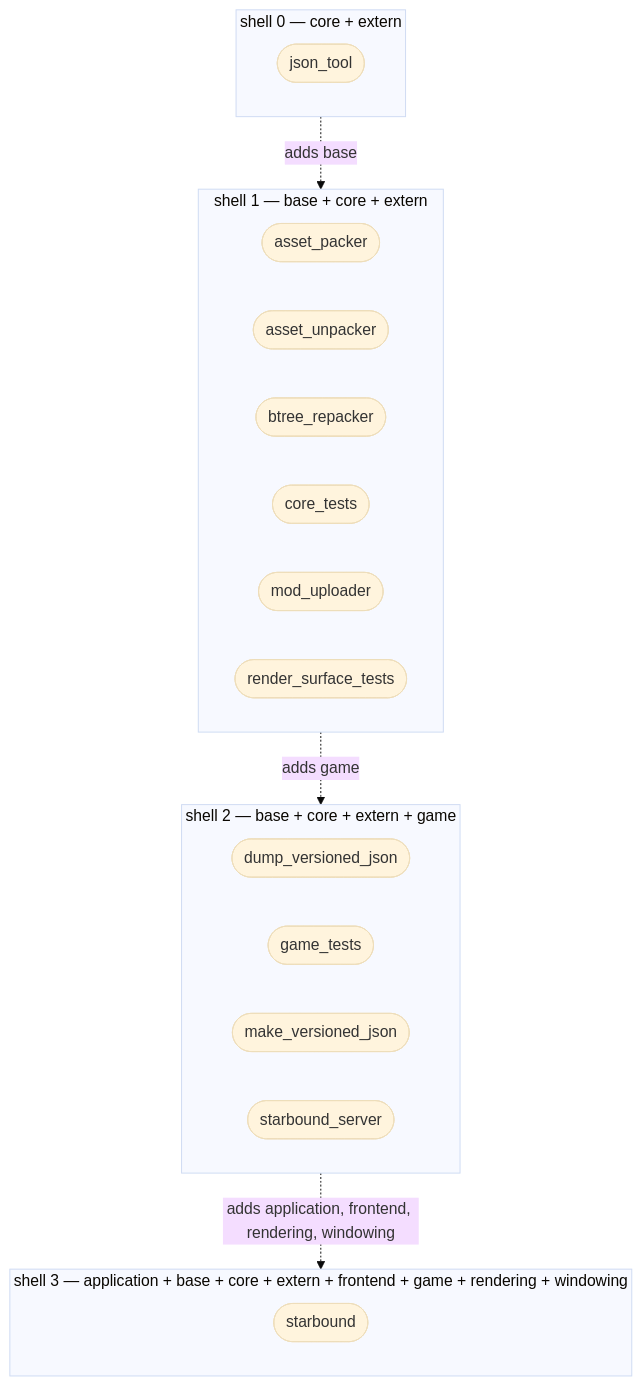
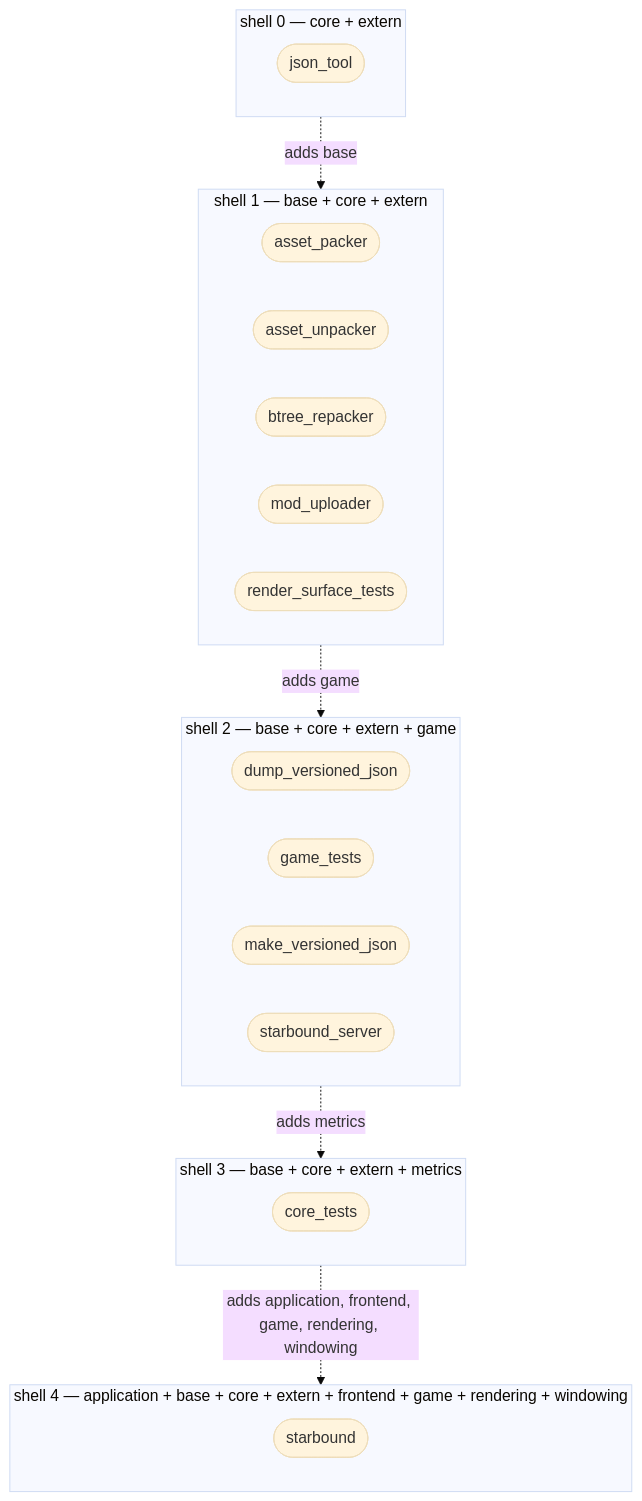
The fourth of 11 diagrams in docs/architecture/system-boundaries.md (apnex/OpenStarbound), drawn with Mermaid (base theme) before and after one commit. The commit also changed other lines of this file and 6 other files, not shown here.

````diff
--- a/docs/architecture/system-boundaries.md
+++ b/docs/architecture/system-boundaries.md
@@ -347,30 +347,34 @@
 ```mermaid
 flowchart TD
   subgraph S0["shell 0 — core + extern"]
     direction LR
     json_tool(["json_tool"])
   end
   subgraph S1["shell 1 — base + core + extern"]
     direction LR
     asset_packer(["asset_packer"])
     asset_unpacker(["asset_unpacker"])
     btree_repacker(["btree_repacker"])
-    core_tests(["core_tests"])
     mod_uploader(["mod_uploader"])
     render_surface_tests(["render_surface_tests"])
   end
   S0 -.->|adds base| S1
   subgraph S2["shell 2 — base + core + extern + game"]
     direction LR
     dump_versioned_json(["dump_versioned_json"])
     game_tests(["game_tests"])
     make_versioned_json(["make_versioned_json"])
     starbound_server(["starbound_server"])
   end
   S1 -.->|adds game| S2
-  subgraph S3["shell 3 — application + base + core + extern + frontend + game + rendering + windowing"]
+  subgraph S3["shell 3 — base + core + extern + metrics"]
+    direction LR
+    core_tests(["core_tests"])
+  end
+  S2 -.->|adds metrics| S3
+  subgraph S4["shell 4 — application + base + core + extern + frontend + game + rendering + windowing"]
     direction LR
     starbound(["starbound"])
   end
-  S2 -.->|adds application, frontend, rendering, windowing| S3
+  S3 -.->|adds application, frontend, game, rendering, windowing| S4
 ```
````
